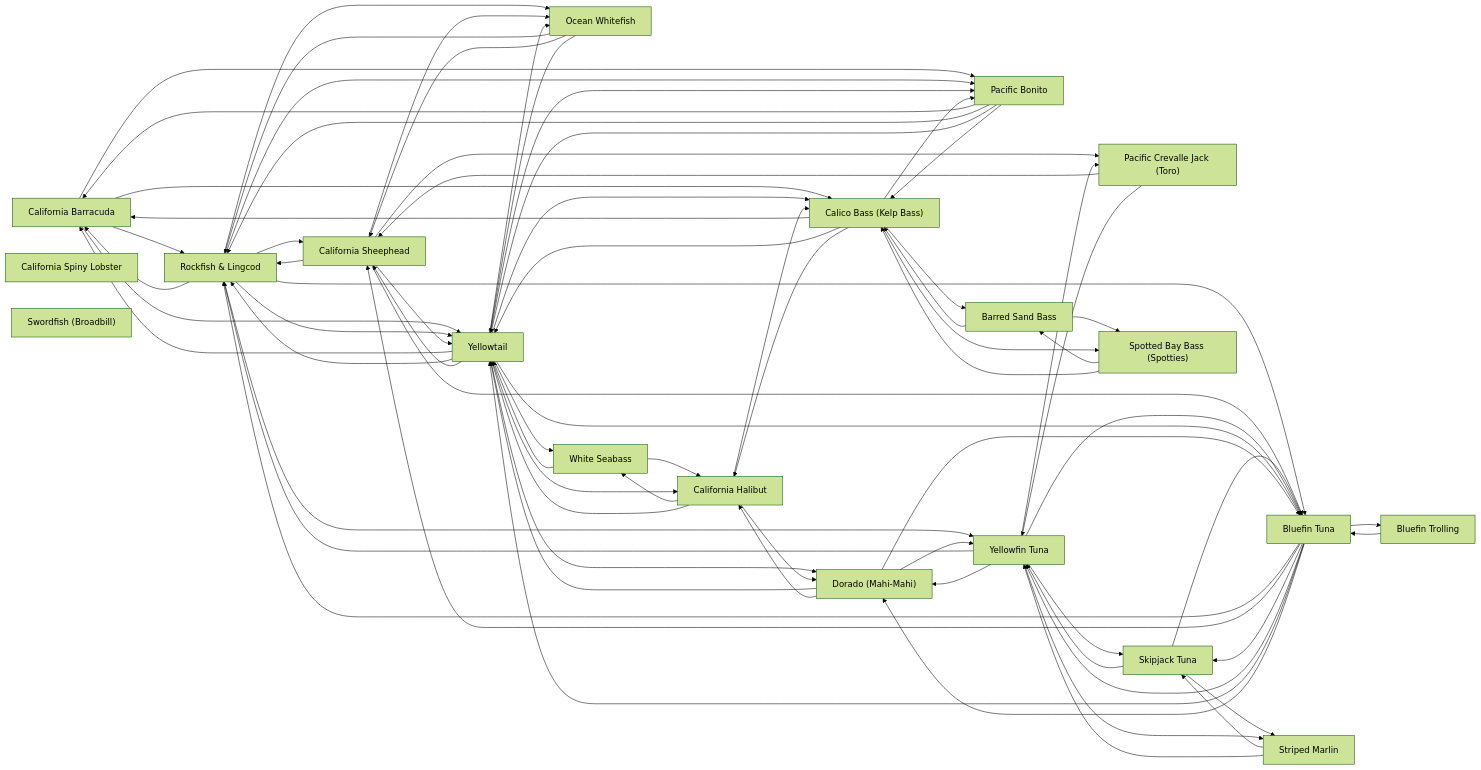
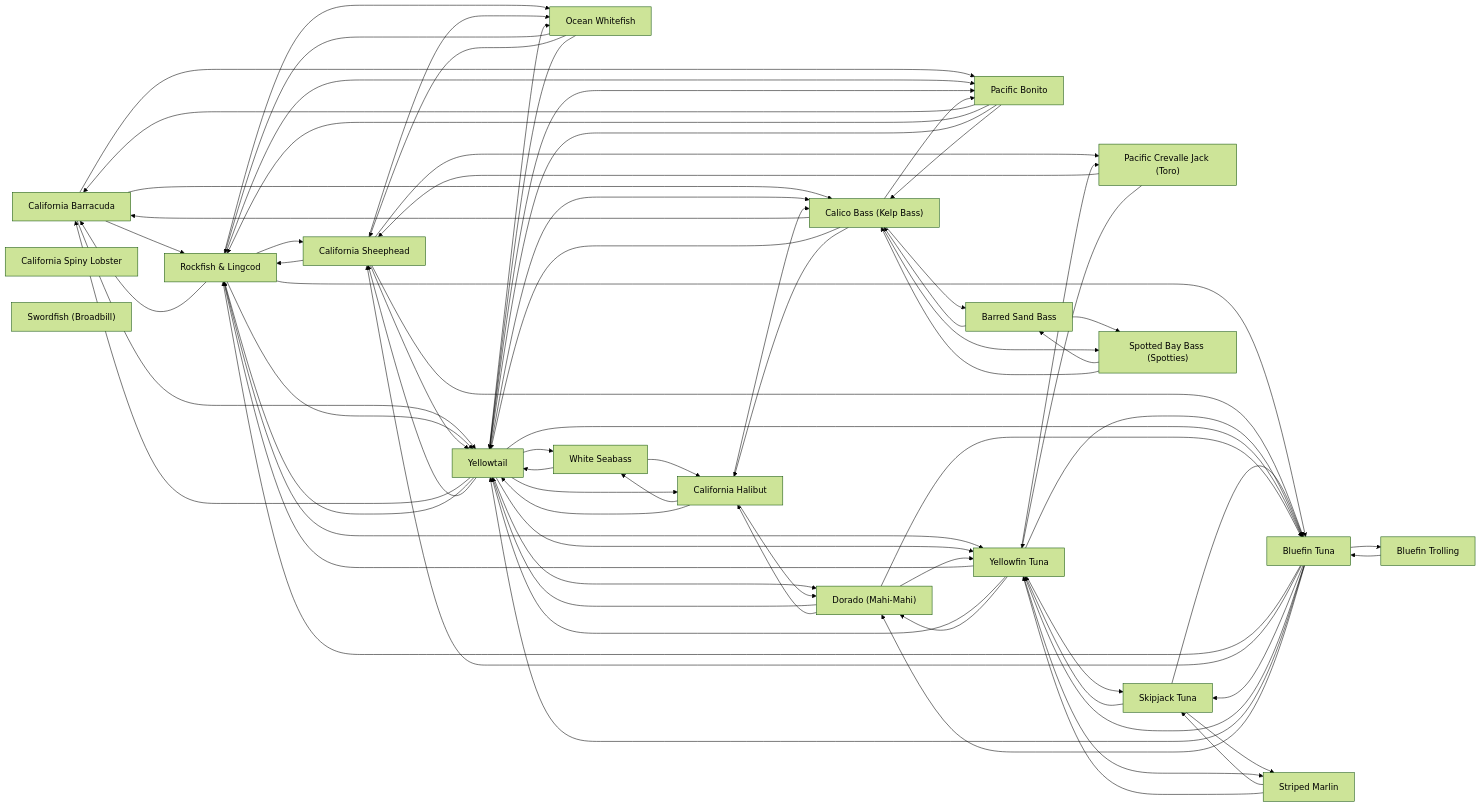
One commit to camchuckpete-max/Socal-Fishing-Knowledge changed the diagram in species/README.md. Above: the diagram before and after it, drawn with Mermaid (forest theme). The commit also changed 5 other files, not shown here.

```diff
--- a/species/README.md
+++ b/species/README.md
@@ -83,6 +83,7 @@
   n18 --> n10
   n18 --> n13
   n18 --> n15
+  n18 --> n19
   n18 --> n2
   n18 --> n7
   n18 --> n9
@@ -90,6 +91,7 @@
   n19 --> n10
   n19 --> n12
   n19 --> n17
+  n19 --> n18
   n19 --> n2
   n19 --> n3
   n19 --> n4
```
